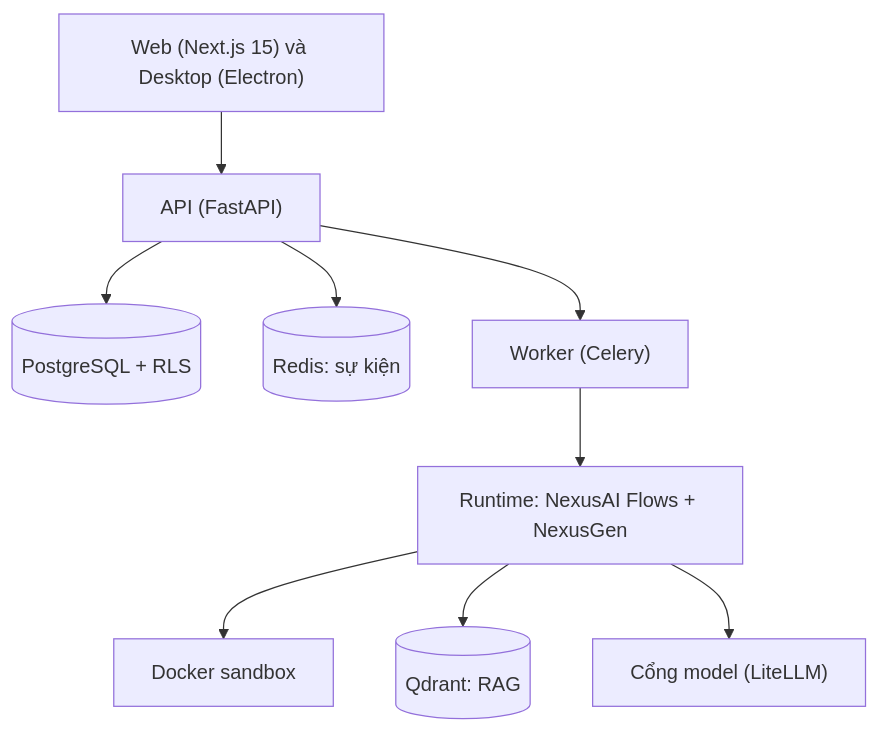
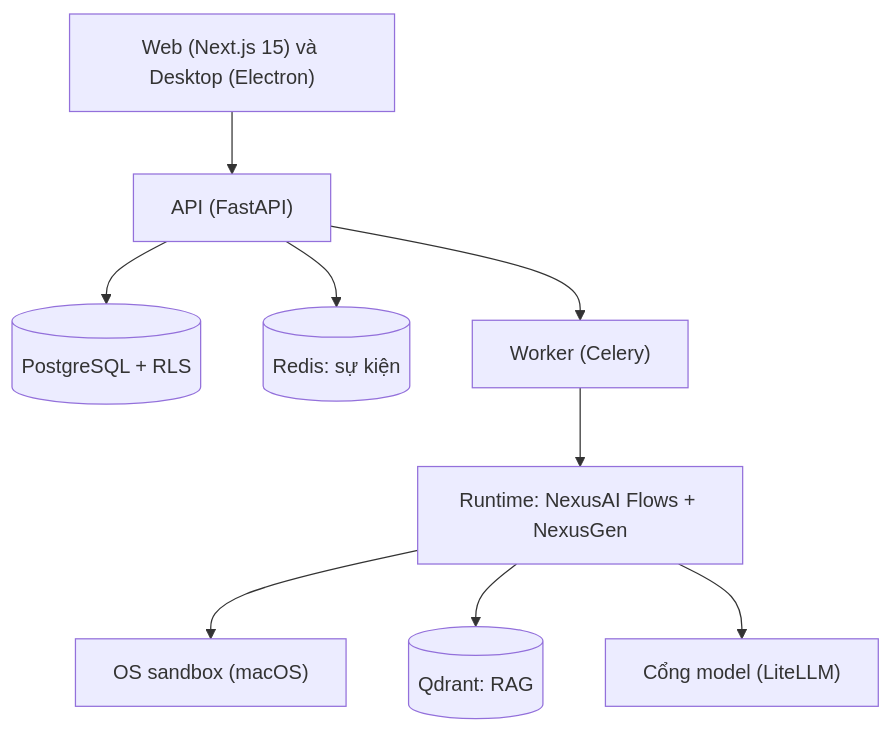
Before and after one commit to khangkaka066/Alba-Agent: the second of 2 diagrams in README.vi.md, drawn with Mermaid. The commit also changed other lines of this file and 20 other files, not shown here.

````diff
--- a/README.vi.md
+++ b/README.vi.md
@@ -146,11 +156,11 @@
 ```mermaid
 flowchart TB
     Web["Web (Next.js 15) và Desktop (Electron)"] --> API["API (FastAPI)"]
     API --> PG[("PostgreSQL + RLS")]
     API --> RD[("Redis: sự kiện")]
     API --> WK["Worker (Celery)"]
     WK --> RT["Runtime: NexusAI Flows + NexusGen"]
-    RT --> SB["Docker sandbox"]
+    RT --> SB["OS sandbox (macOS)"]
     RT --> QD[("Qdrant: RAG")]
     RT --> GW["Cổng model (LiteLLM)"]
 ```
````
